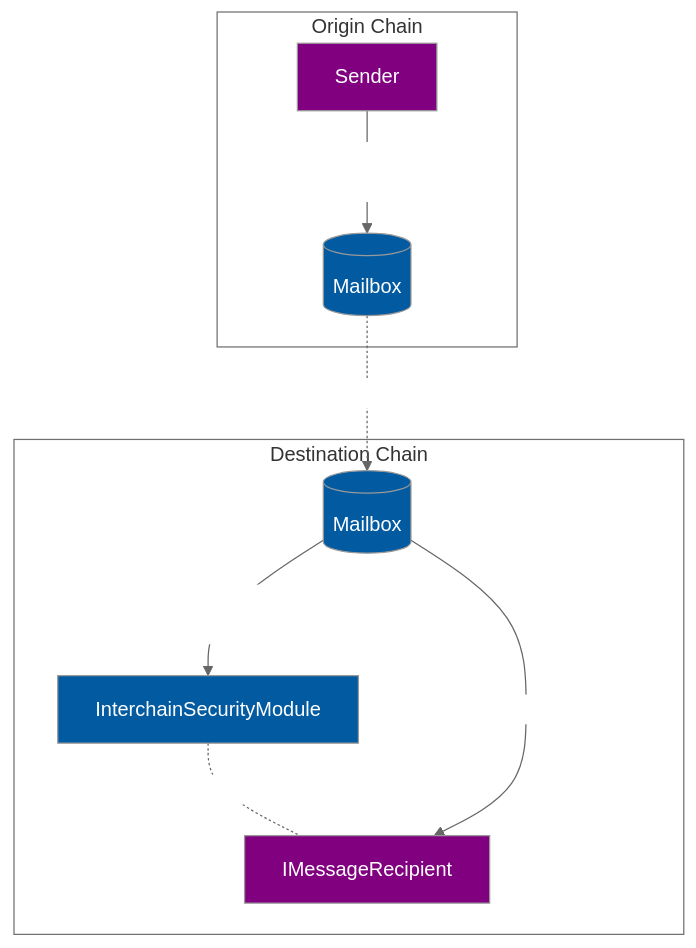
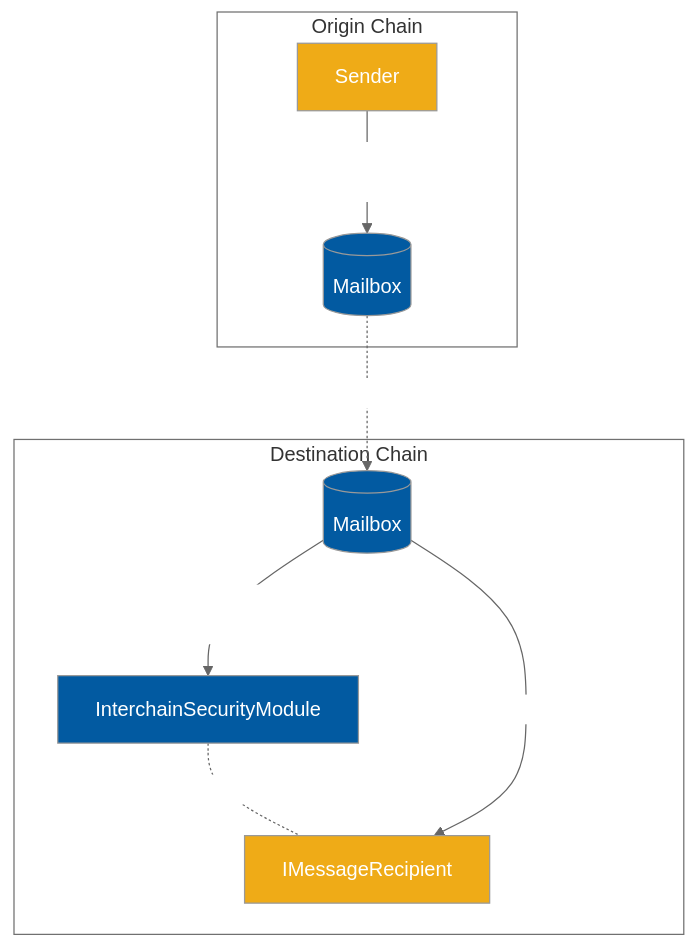
The diagram in diagrams/messaging-isms.md (hyperlane-xyz/v2-docs), drawn with Mermaid before and after one commit. The commit also changed 9 other files, not shown here.

````diff
--- a/diagrams/messaging-isms.md
+++ b/diagrams/messaging-isms.md
@@ -1,39 +1,39 @@
 ```mermaid
 %%{ init: {
   "theme": "neutral",
   "themeVariables": {
     "mainBkg": "#025AA1",
     "textColor": "white",
     "clusterBkg": "white"
   },
   "themeCSS": ".edgeLabel { color: black }"
 }}%%
 
 flowchart TB
     subgraph Origin Chain
       Sender
       M_O[(Mailbox)]
       Sender -- "dispatch(destination, recipient, body)" --> M_O
     end
 
     subgraph Destination Chain
       ISM[InterchainSecurityModule]
       Recipient[IMessageRecipient]
       M_D[(Mailbox)]
 
       M_D -- "verify(metadata, [origin, sender, body])" --> ISM
       ISM -. "interchainSecurityModule()" .- Recipient
       M_D -- "handle(origin, sender, body)" --> Recipient
 
     end
 
     M_O -. "relay" .-> M_D
 
     click M_O https://github.com/hyperlane-xyz/hyperlane-monorepo/blob/main/solidity/contracts/Mailbox.sol
     click ISM https://github.com/hyperlane-xyz/hyperlane-monorepo/blob/main/solidity/contracts/isms/InterchainSecurityModule.sol
     click Recipient https://github.com/hyperlane-xyz/hyperlane-monorepo/blob/main/solidity/interfaces/IMessageRecipient.sol
     click M_D https://github.com/hyperlane-xyz/hyperlane-monorepo/blob/main/solidity/contracts/Mailbox.sol
 
-    style Sender fill:purple
-    style Recipient fill:purple
+    style Sender fill:#efab17
+    style Recipient fill:#efab17
 ```
````
